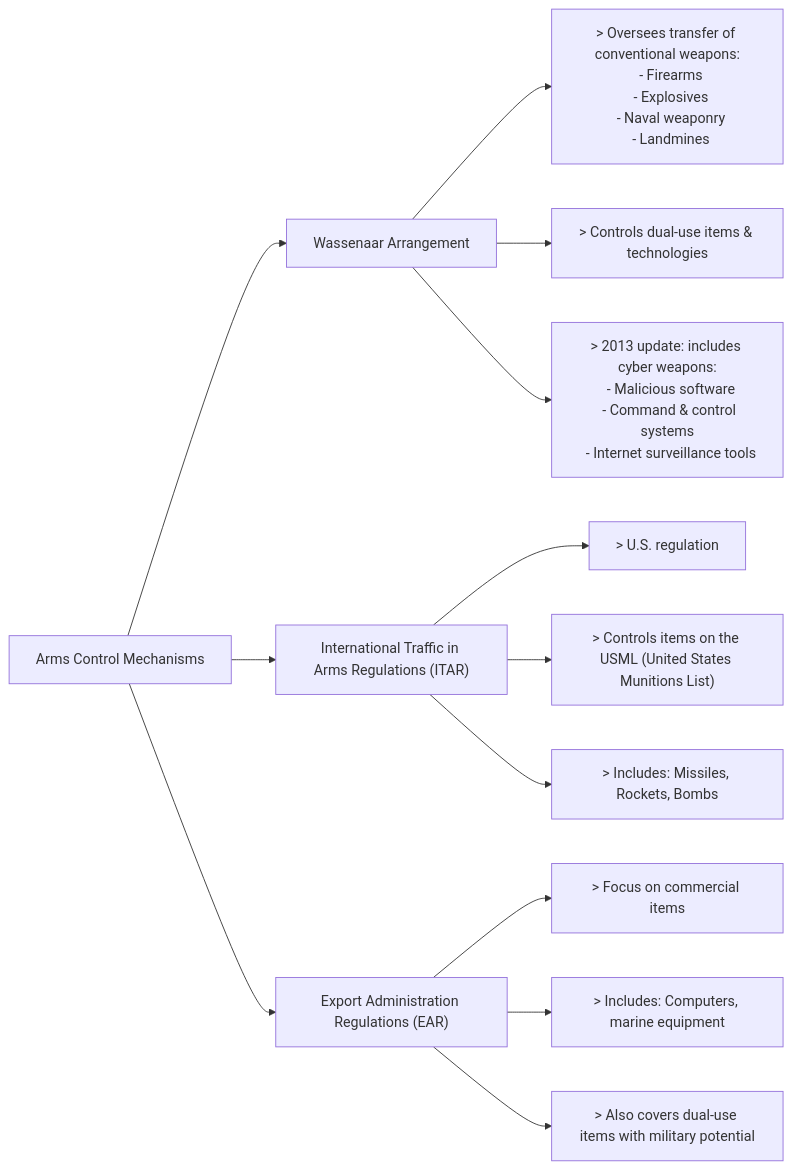
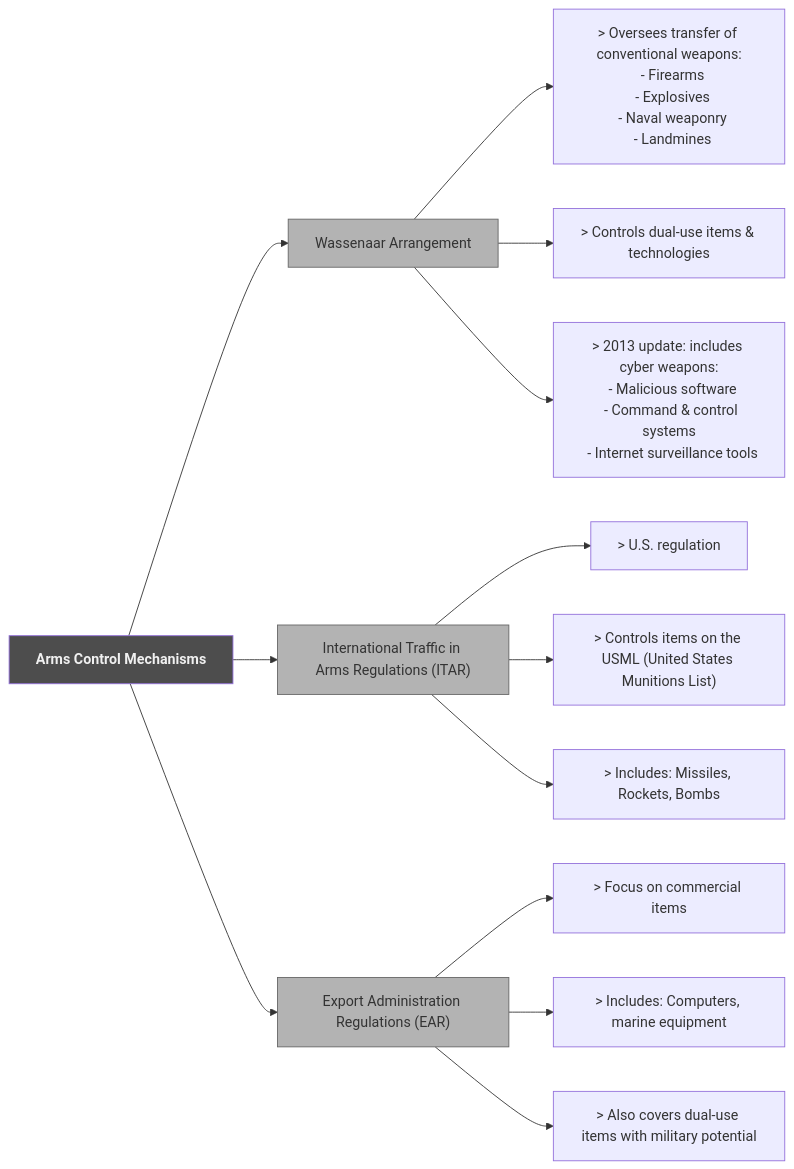
One commit to lorenzoleonelli/CISSP-Zero-to-Hero changed the diagram in DOMAIN1: The Cybersecurity Manager/1.4 Understand legal, regulatory, and compliance issues that pertain to information security in a holistic context.md. Above: the diagram before and after it, drawn with Mermaid.

Commit message:
Update 1.4 Understand legal, regulatory, and compliance issues that pertain to information security in a holistic context.md

````diff
--- a/DOMAIN1: The Cybersecurity Manager/1.4 Understand legal, regulatory, and compliance issues that pertain to information security in a holistic context.md
+++ b/DOMAIN1: The Cybersecurity Manager/1.4 Understand legal, regulatory, and compliance issues that pertain to information security in a holistic context.md
@@ -191,22 +191,23 @@
 ```mermaid 
 flowchart LR
     A["Arms Control Mechanisms"]:::header
 
     A --> WA["Wassenaar Arrangement"]:::box
     A --> ITAR["International Traffic in Arms Regulations (ITAR)"]:::box
     A --> EAR["Export Administration Regulations (EAR)"]:::box
 
     WA --> WA1["> Oversees transfer of conventional weapons:\n  - Firearms\n  - Explosives\n  - Naval weaponry\n  - Landmines"]
     WA --> WA2["> Controls dual-use items & technologies"]
     WA --> WA3["> 2013 update: includes cyber weapons:\n  - Malicious software\n  - Command & control systems\n  - Internet surveillance tools"]
 
     ITAR --> ITAR1["> U.S. regulation"]
     ITAR --> ITAR2["> Controls items on the USML (United States Munitions List)"]
     ITAR --> ITAR3["> Includes: Missiles, Rockets, Bombs"]
 
     EAR --> EAR1["> Focus on commercial items"]
     EAR --> EAR2["> Includes: Computers, marine equipment"]
     EAR --> EAR3["> Also covers dual-use items with military potential"]
 
-
+    classDef header fill:#4d4d4d,color:#f0f0f0,font-weight:bold
+    classDef box fill:#b3b3b3,stroke:#666666,stroke-width:1px
 ```
````
